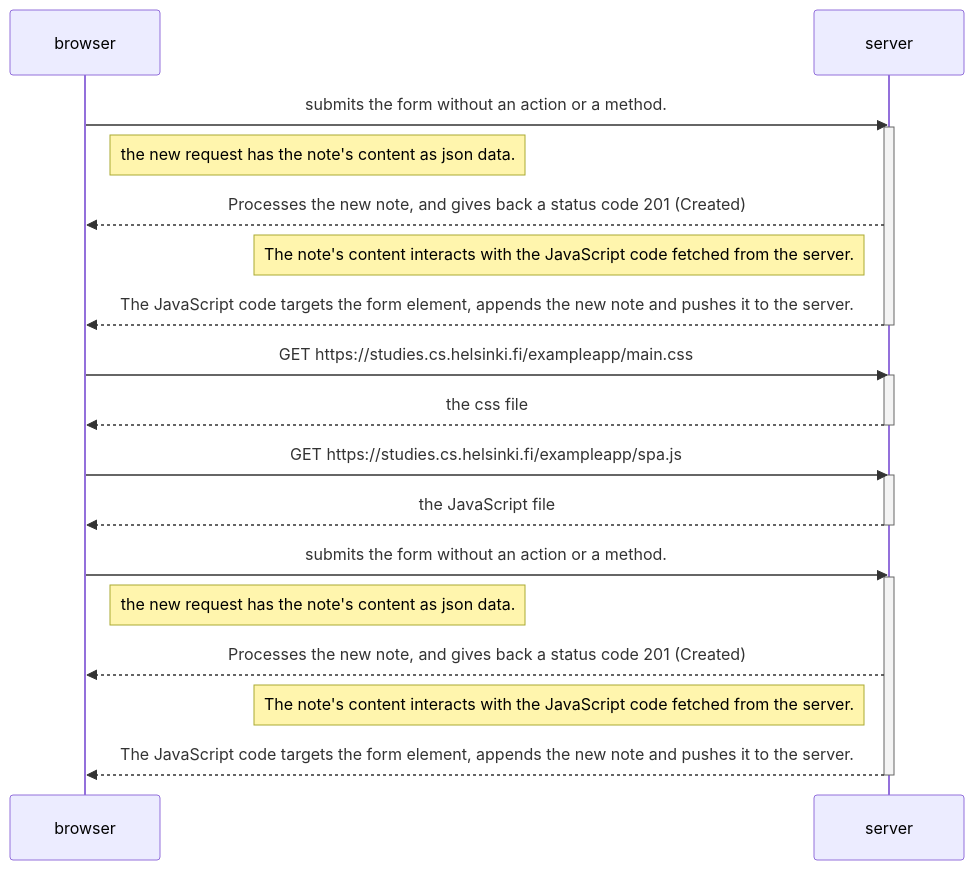
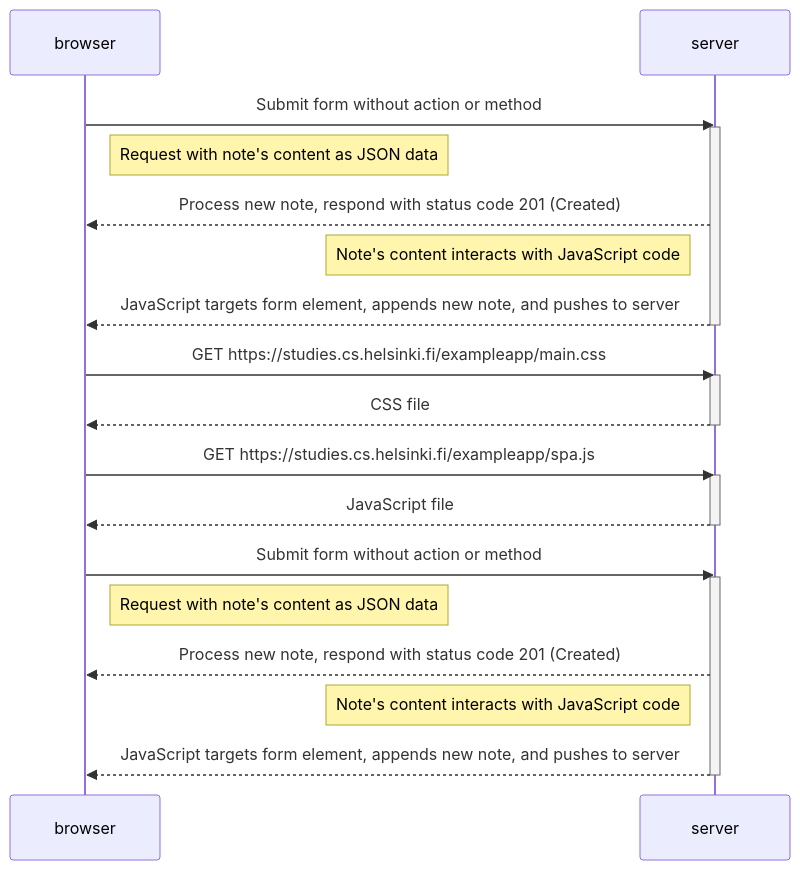
Before and after one commit to hyoukarh/Part-0: the diagram in exercise06.md, drawn with Mermaid.

Commit message:
Exercise 0.6

````diff
--- a/exercise06.md
+++ b/exercise06.md
@@ -3,30 +3,32 @@
 ```mermaid
 sequenceDiagram
     participant browser
     participant server
 
-    browser->>server: submits the form without an action or a method.
+    browser->>server: Submit form without action or method
     activate server
-    note right of browser: the new request has the note's content as json data.
-    server-->>browser: Processes the new note, and gives back a status code 201 (Created)
-    note left of server: The note's content interacts with the JavaScript code fetched from the server.
-    server-->>browser: The JavaScript code targets the form element, appends the new note and pushes it to the server.
+    note right of browser: Request with note's content as JSON data
+    server-->>browser: Process new note, respond with status code 201 (Created)
+    note left of server: Note's content interacts with JavaScript code
+    server-->>browser: JavaScript targets form element, appends new note, and pushes to server
     deactivate server
+
     browser->>server: GET https://studies.cs.helsinki.fi/exampleapp/main.css
     activate server
-    server-->>browser: the css file
+    server-->>browser: CSS file
     deactivate server
 
     browser->>server: GET https://studies.cs.helsinki.fi/exampleapp/spa.js
     activate server
-    server-->>browser: the JavaScript file
+    server-->>browser: JavaScript file
     deactivate server
 
-    browser->>server: submits the form without an action or a method.
+    browser->>server: Submit form without action or method
     activate server
-    note right of browser: the new request has the note's content as json data.
-    server-->>browser: Processes the new note, and gives back a status code 201 (Created)
-    note left of server: The note's content interacts with the JavaScript code fetched from the server.
-    server-->>browser: The JavaScript code targets the form element, appends the new note and pushes it to the server.
+    note right of browser: Request with note's content as JSON data
+    server-->>browser: Process new note, respond with status code 201 (Created)
+    note left of server: Note's content interacts with JavaScript code
+    server-->>browser: JavaScript targets form element, appends new note, and pushes to server
     deactivate server
+
 ```
````
